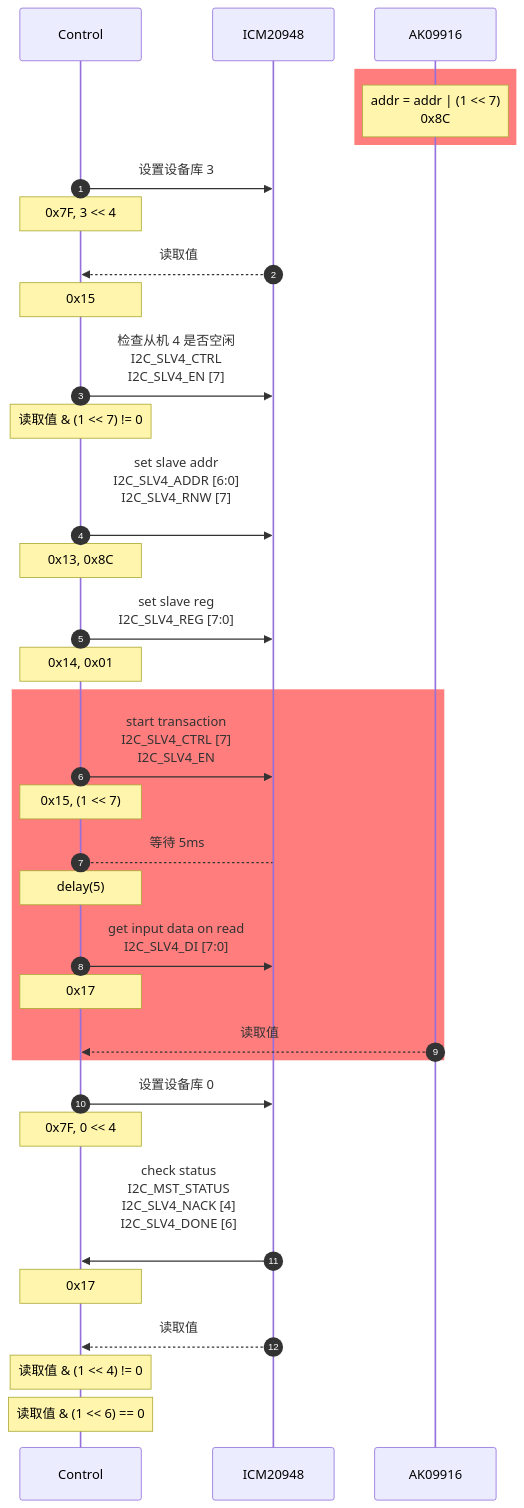
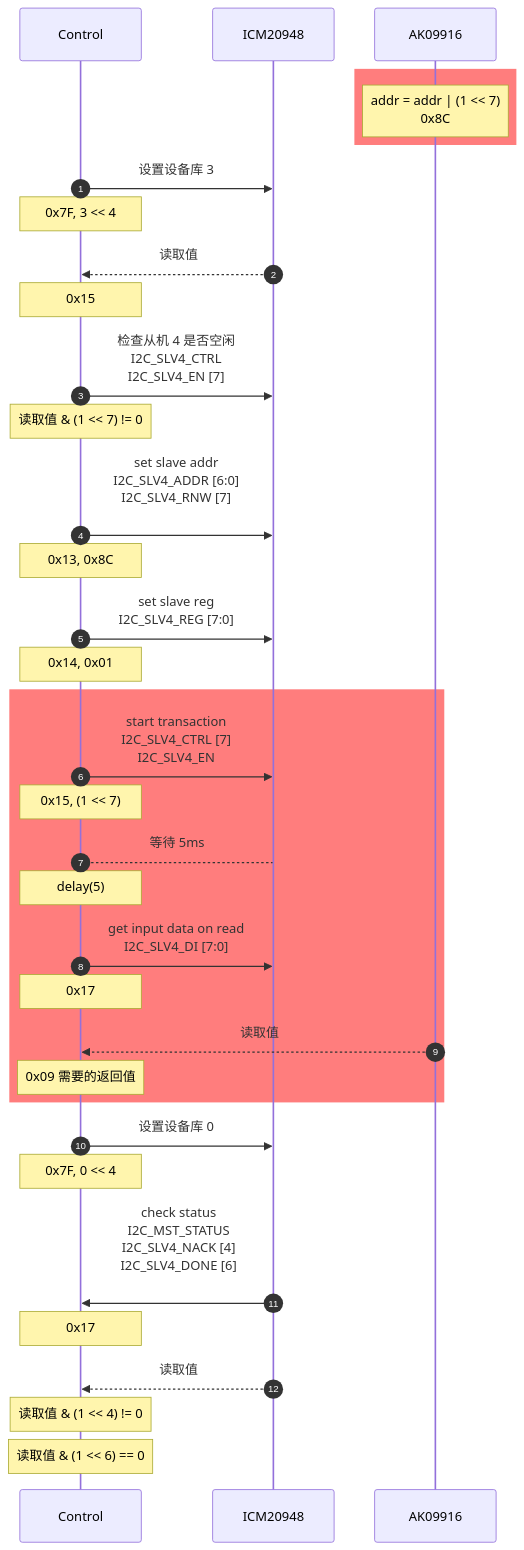
The fifth of 7 diagrams in _posts/2025-04-06-mdchart.md (hkdickyko/hkdickyko.github.io), drawn with Mermaid before and after one commit. The commit also changed other lines of this file, not shown here.

```diff
--- a/_posts/2025-04-06-mdchart.md
+++ b/_posts/2025-04-06-mdchart.md
@@ -280,36 +280,37 @@
 <div class="mermaid">
 sequenceDiagram;
    autonumber;
    participant C as Control;
    participant I as ICM20948;
    participant A as AK09916;
    rect rgb(255,125,125);
    note over A: addr = addr | (1 << 7)<br/>0x8C;
    end;
    C->>I: 设置设备库 3;
    note over C: 0x7F, 3 << 4;
    I-->>C: 读取值;
    note over C: 0x15;
    C->>I: 检查从机 4 是否空闲<br/>I2C_SLV4_CTRL<br/>I2C_SLV4_EN [7];
    note over C: 读取值 & (1 << 7) != 0;
    C->>I: set slave addr<br/>I2C_SLV4_ADDR [6:0]<br/>I2C_SLV4_RNW [7]<br/>;
    note over C: 0x13, 0x8C;
    C->>I: set slave reg<br/>I2C_SLV4_REG [7:0];
    note over C: 0x14, 0x01;
    rect rgb(255,125,125);
    C->>I: start transaction<br/>I2C_SLV4_CTRL [7] <br/>I2C_SLV4_EN;
    note over C: 0x15, (1 << 7);   
    C-->I: 等待 5ms;
    note over C: delay(5);
    C->>I: get input data on read<br/>I2C_SLV4_DI [7:0];
    note over C: 0x17;
    A-->>C: 读取值;
+   note over C: 0x09 需要的返回值;
    end;
    C->>I: 设置设备库 0;
    note over C: 0x7F, 0 << 4;
    I->>C: check status<br/>I2C_MST_STATUS<br/>I2C_SLV4_NACK [4]<br/>I2C_SLV4_DONE [6]<br/>;
    note over C: 0x17;
    I-->>C: 读取值; 
    note over C: 读取值 & (1 << 4) != 0;
    note over C: 读取值 & (1 << 6) == 0;  
 </div>
```
